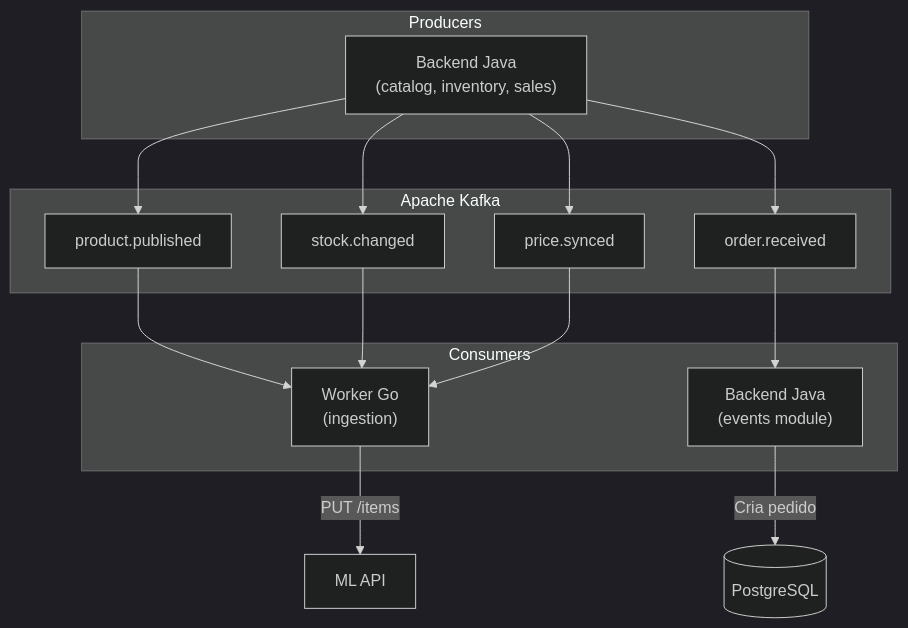
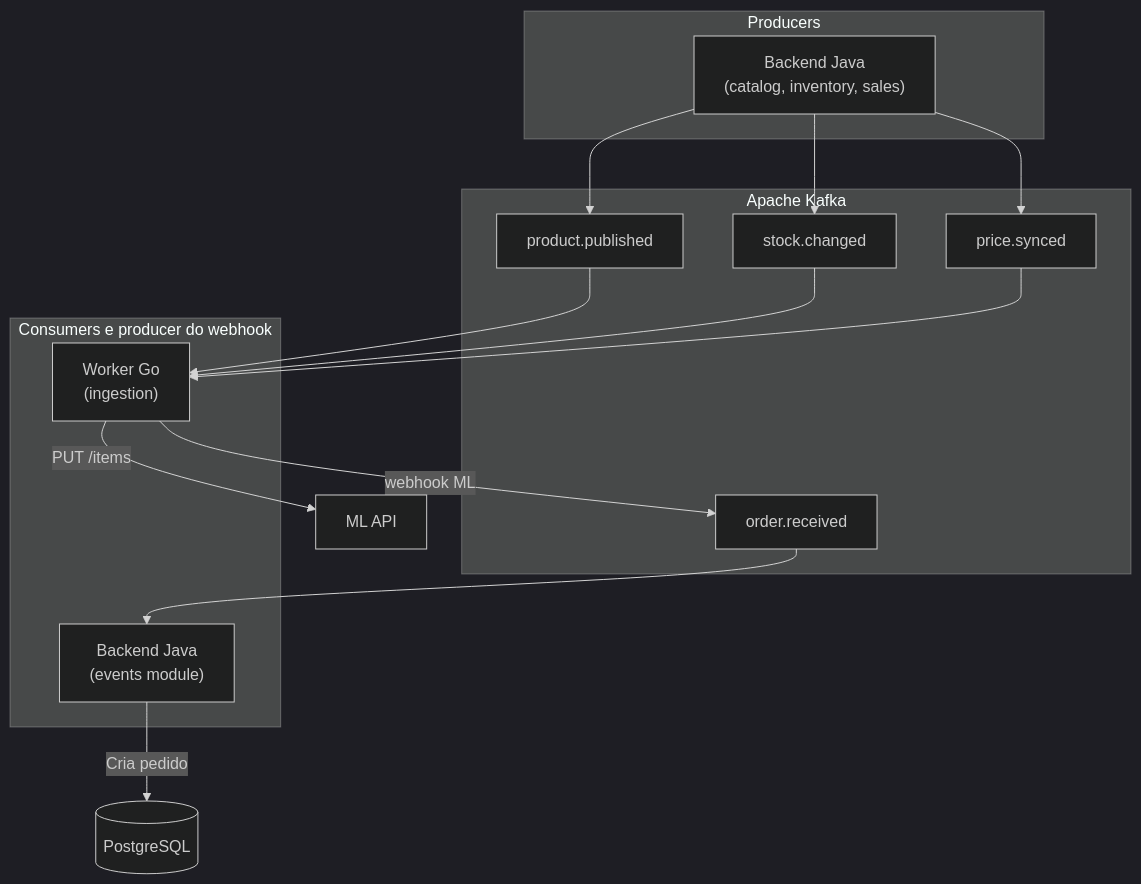
One commit to jhowzin-dev/ERP changed diagram 18 of 22 in README.md. Above: the diagram before and after it, drawn with Mermaid (dark theme). The commit also changed other lines of this file and 1 other file, not shown here.

````diff
--- a/README.md
+++ b/README.md
@@ -837,31 +940,31 @@
 ```mermaid
 flowchart TB
     subgraph producers["Producers"]
         BE["Backend Java<br/>(catalog, inventory, sales)"]
     end
 
     subgraph kafka["Apache Kafka"]
         TOPIC1["product.published"]
         TOPIC2["stock.changed"]
         TOPIC3["order.received"]
         TOPIC4["price.synced"]
     end
 
-    subgraph consumers["Consumers"]
+    subgraph consumers["Consumers e producer do webhook"]
         W["Worker Go<br/>(ingestion)"]
         BE_C["Backend Java<br/>(events module)"]
     end
 
     BE --> TOPIC1
     BE --> TOPIC2
-    BE --> TOPIC3
+    W -->|"webhook ML"| TOPIC3
     BE --> TOPIC4
 
     TOPIC1 --> W
     TOPIC2 --> W
     TOPIC3 --> BE_C
     TOPIC4 --> W
 
     W -->|"PUT /items"| ML["ML API"]
     BE_C -->|"Cria pedido"| DB[("PostgreSQL")]
 ```
````
